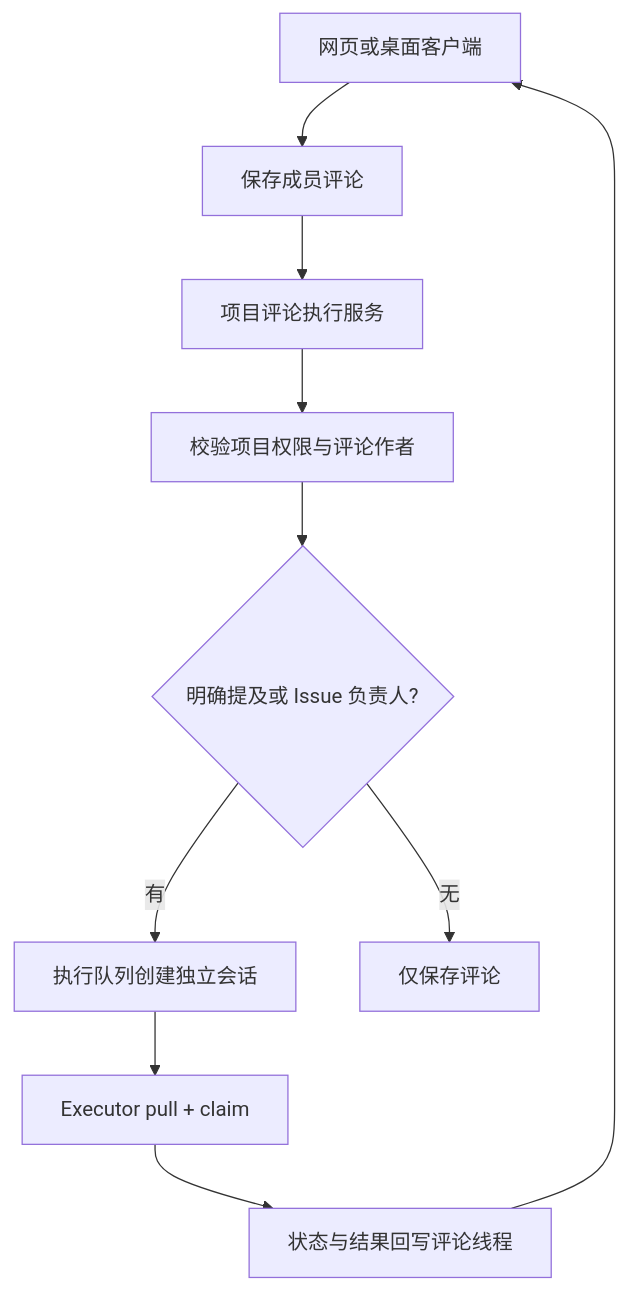
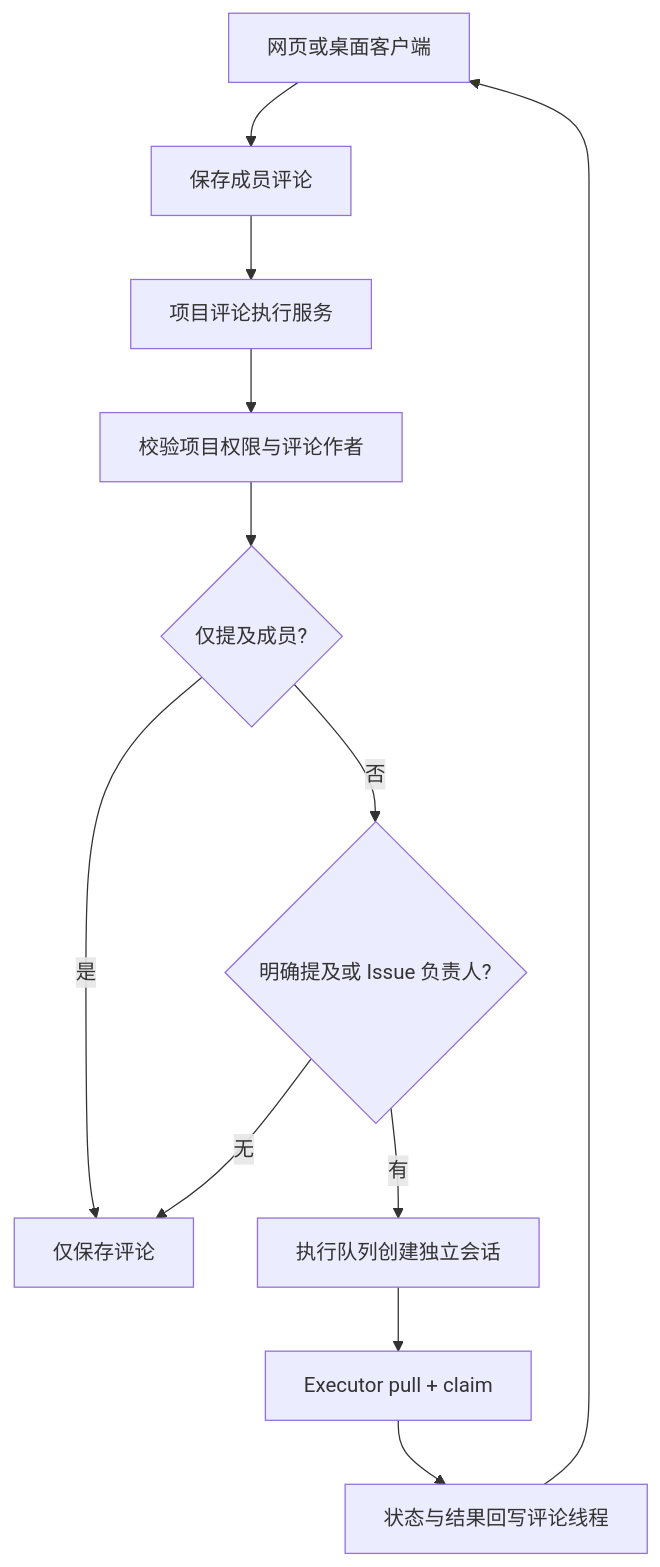
One commit to wecode-ai/Wegent changed the third of 4 diagrams in docs/zh/wegent/developer-guide/cloud-project-collaboration.md. Above: the diagram before and after it, drawn with Mermaid. The commit also changed other lines of this file and 6 other files, not shown here.

````diff
--- a/docs/zh/wegent/developer-guide/cloud-project-collaboration.md
+++ b/docs/zh/wegent/developer-guide/cloud-project-collaboration.md
@@ -327,12 +328,14 @@
 ```mermaid
 flowchart TD
     UI[网页或桌面客户端] --> Save[保存成员评论]
     Save --> Execute[项目评论执行服务]
     Execute --> Auth[校验项目权限与评论作者]
-    Auth --> Agent{明确提及或 Issue 负责人?}
+    Auth --> Human{仅提及成员?}
+    Human -->|是| Comment[仅保存评论]
+    Human -->|否| Agent{明确提及或 Issue 负责人?}
     Agent -->|有| Queue[执行队列创建独立会话]
-    Agent -->|无| Comment[仅保存评论]
+    Agent -->|无| Comment
     Queue --> Claim[Executor pull + claim]
     Claim --> Activity[状态与结果回写评论线程]
     Activity --> UI
 ```
````
